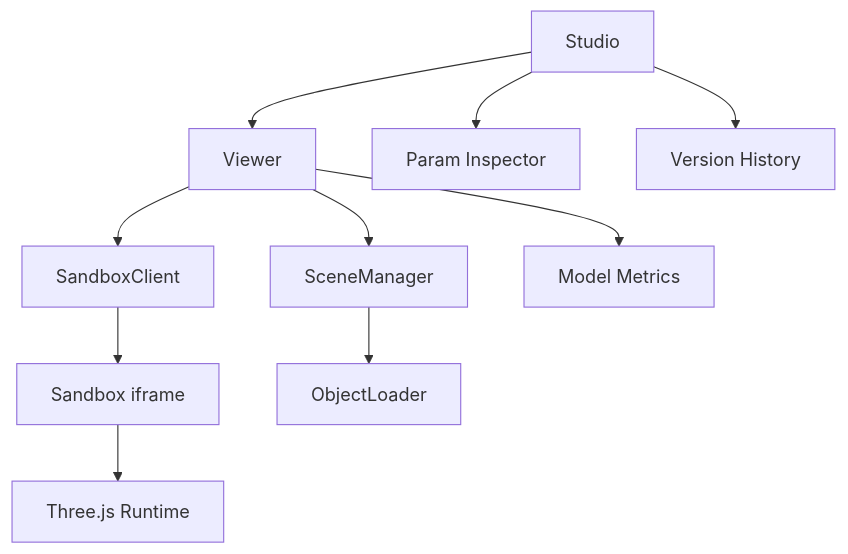
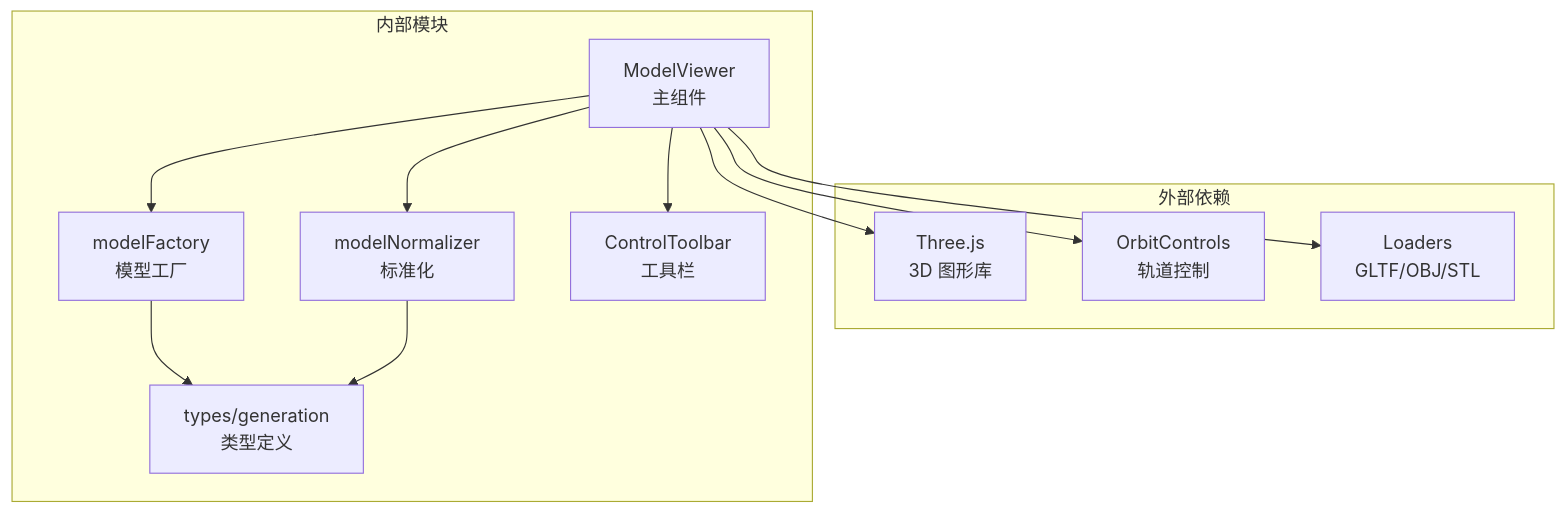
Before and after one commit to MrXujiang/ApexForge: the third of 3 diagrams in .qoder/repowiki/zh/content/核心功能模块/3D 渲染系统.md, drawn with Mermaid. The commit also changed other lines of this file and 84 other files, not shown here.

````diff
--- a/.qoder/repowiki/zh/content/核心功能模块/3D 渲染系统.md
+++ b/.qoder/repowiki/zh/content/核心功能模块/3D 渲染系统.md
@@ -232,12 +257,23 @@
 ```mermaid
 graph TB
-STUDIO["Studio"] --> VIEWER["Viewer"]
-STUDIO --> PARAMS["Param Inspector"]
-STUDIO --> HISTORY["Version History"]
-VIEWER --> SCENE["SceneManager"]
-VIEWER --> EXEC["SandboxClient"]
-VIEWER --> METRICS["Model Metrics"]
-EXEC --> IF["Sandbox iframe"]
-IF --> THREE["Three.js Runtime"]
-SCENE --> LO["ObjectLoader"]
+subgraph "外部依赖"
+THREE["Three.js<br/>3D 图形库"]
+ORBIT["OrbitControls<br/>轨道控制"]
+LOADERS["Loaders<br/>GLTF/OBJ/STL"]
+end
+subgraph "内部模块"
+VIEWER["ModelViewer<br/>主组件"]
+FACTORY["modelFactory<br/>模型工厂"]
+NORMALIZER["modelNormalizer<br/>标准化"]
+TOOLBAR["ControlToolbar<br/>工具栏"]
+TYPES["types/generation<br/>类型定义"]
+end
+VIEWER --> THREE
+VIEWER --> ORBIT
+VIEWER --> LOADERS
+VIEWER --> FACTORY
+VIEWER --> NORMALIZER
+VIEWER --> TOOLBAR
+FACTORY --> TYPES
+NORMALIZER --> TYPES
 ```
````
